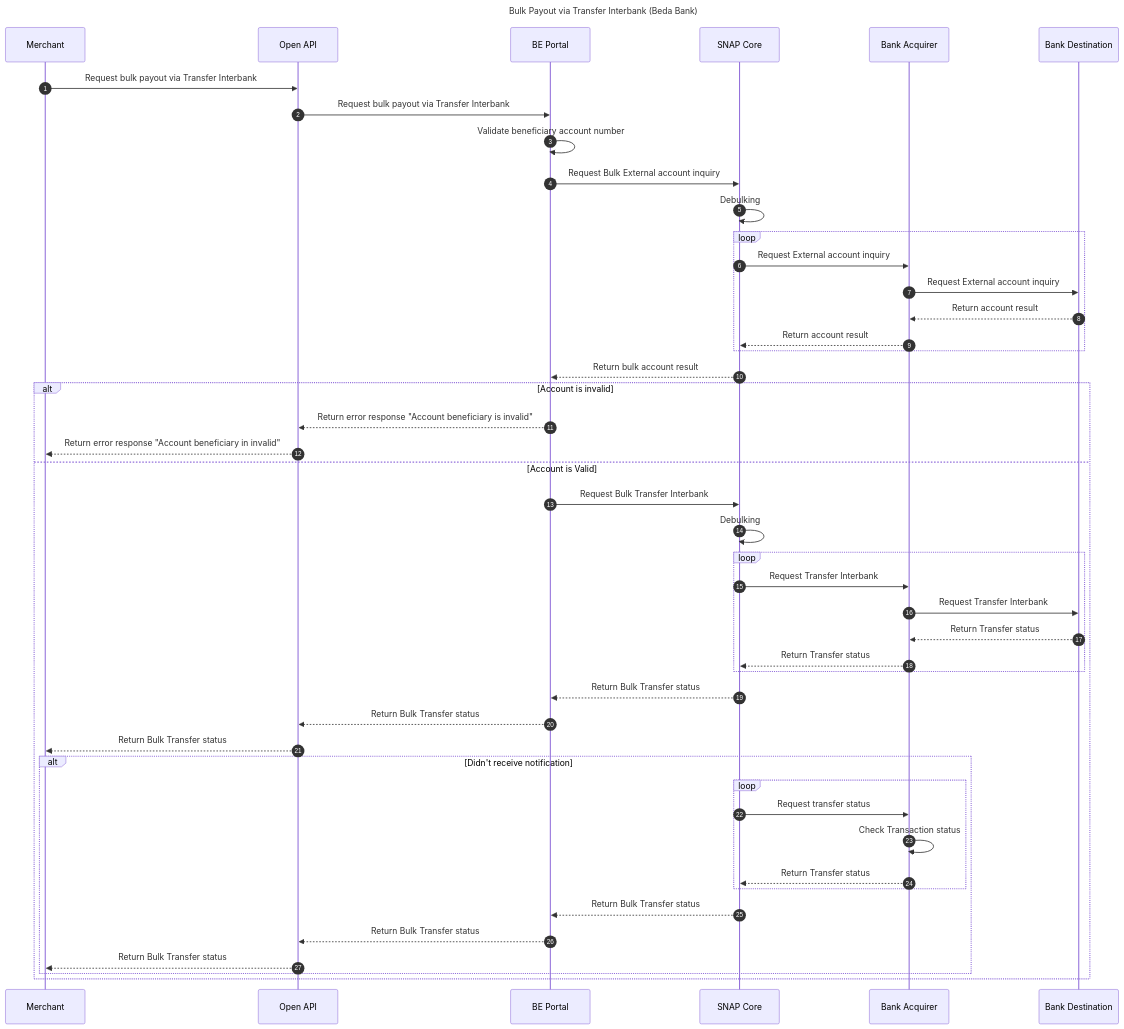
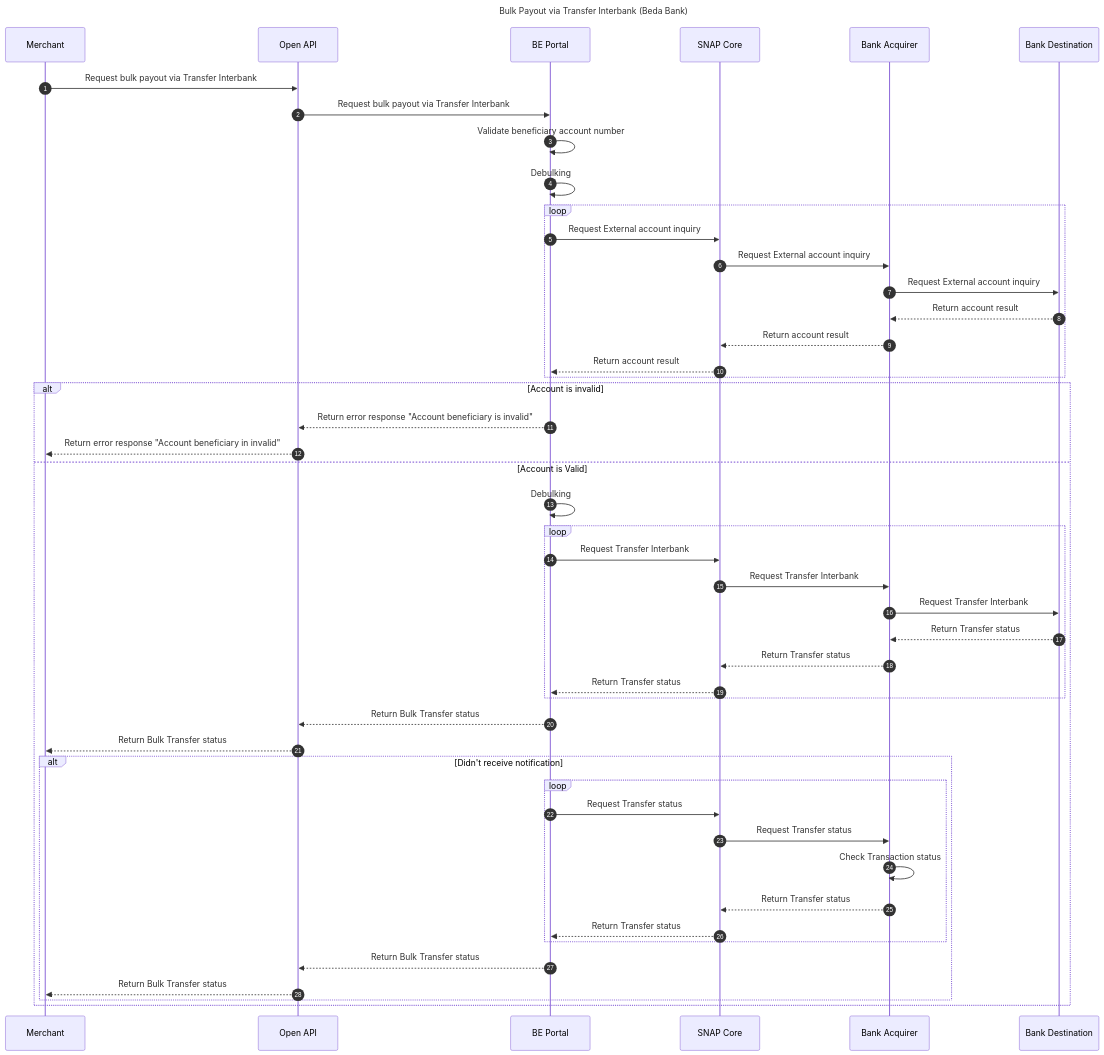
Before and after one commit to reforzaj/documentation: the diagram in bulk-payout-transfer-interbank.md, drawn with Mermaid.

````diff
--- a/bulk-payout-transfer-interbank.md
+++ b/bulk-payout-transfer-interbank.md
@@ -1,50 +1,51 @@
 ``` mermaid
 sequenceDiagram
     autonumber
     title: Bulk Payout via Transfer Interbank (Beda Bank)
     participant a as Merchant
     participant b as Open API
     participant c as BE Portal
     participant d as SNAP Core
     participant e as Bank Acquirer
     participant f as Bank Destination
 
     a->>b: Request bulk payout via Transfer Interbank
     b->>c: Request bulk payout via Transfer Interbank
     c->>c: Validate beneficiary account number 
-    c->>d: Request Bulk External account inquiry
-    d->>d: Debulking
+    c->>c: Debulking
     loop
+    c->>d: Request External account inquiry
     d->>e: Request External account inquiry
     e->>f: Request External account inquiry
     f-->>e: Return account result
     e-->>d: Return account result
+    d-->>c: Return account result
     end
-    d-->>c: Return bulk account result
     alt Account is invalid
     c-->>b: Return error response "Account beneficiary is invalid"
     b-->>a: Return error response "Account beneficiary in invalid"
     else Account is Valid
-    c->>d: Request Bulk Transfer Interbank
-    d->>d: Debulking
+    c->>c: Debulking
     loop
+    c->>d: Request Transfer Interbank
     d->>e: Request Transfer Interbank
     e->>f: Request Transfer Interbank
     f-->>e: Return Transfer status
     e-->>d: Return Transfer status
+    d-->>c: Return Transfer status
     end
-    d-->>c: Return Bulk Transfer status
     c-->>b: Return Bulk Transfer status
     b-->>a: Return Bulk Transfer status
         alt Didn't receive notification
         loop
-        d->>e: Request transfer status
+        c->>d: Request Transfer status
+        d->>e: Request Transfer status
         e->>e: Check Transaction status
         e-->>d: Return Transfer status
+        d-->>c: Return Transfer status
         end
-        d-->>c: Return Bulk Transfer status
         c-->>b: Return Bulk Transfer status
         b-->>a: Return Bulk Transfer status
         end
     end
 ```
````
